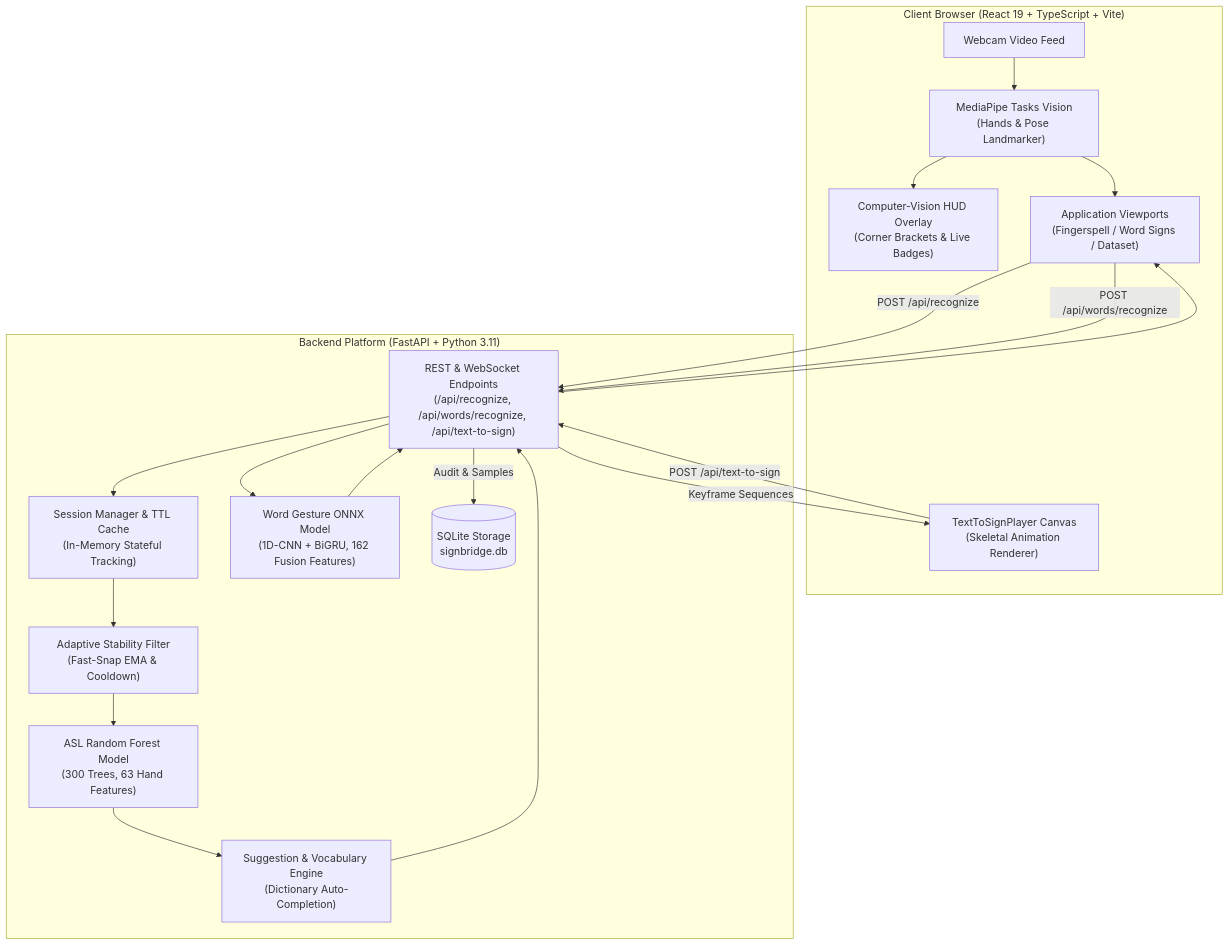
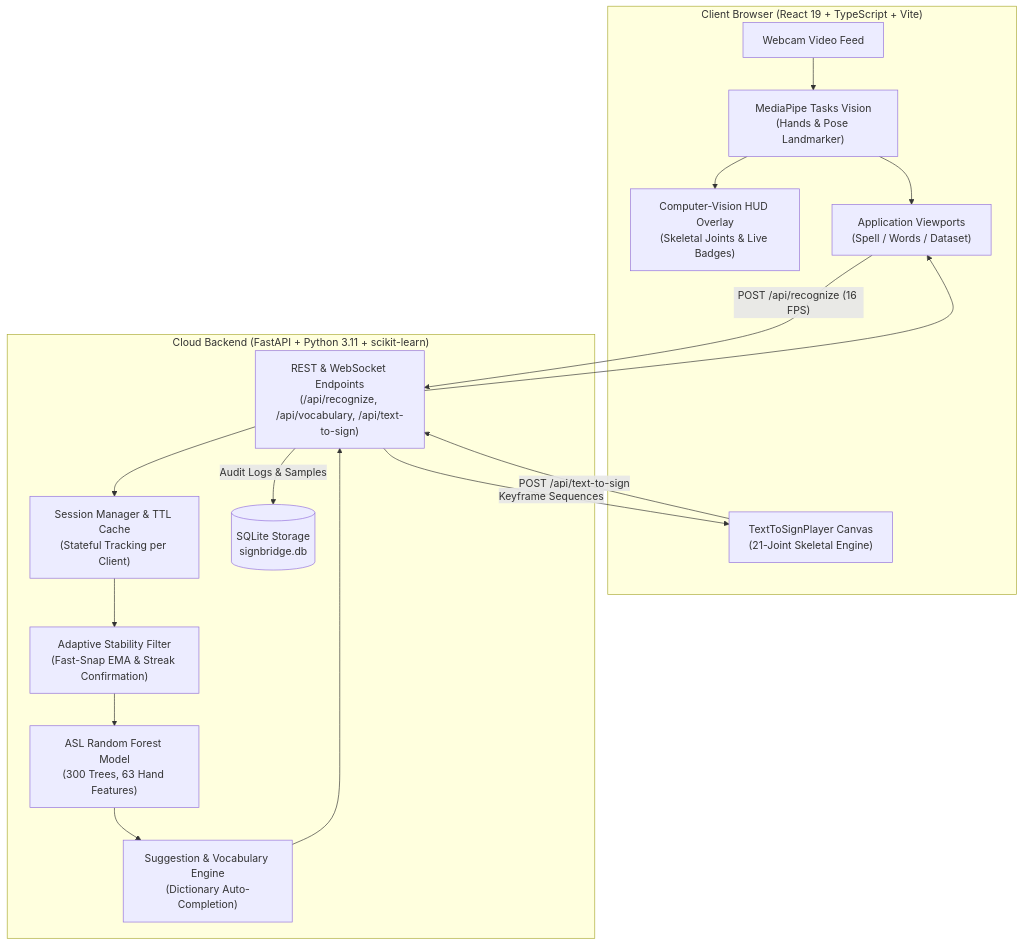
The diagram in README.md (thenix09/SIGN_BRIDGE), drawn with Mermaid before and after one commit. The commit also changed other lines of this file, not shown here.

Commit message:
docs: modernize and polish README with live links, metrics, and architecture

````diff
--- a/README.md
+++ b/README.md
@@ -47,32 +53,28 @@
 ```mermaid
 flowchart TD
     subgraph Client ["Client Browser (React 19 + TypeScript + Vite)"]
         Cam["Webcam Video Feed"] --> MP["MediaPipe Tasks Vision<br/>(Hands & Pose Landmarker)"]
-        MP --> HUD["Computer-Vision HUD Overlay<br/>(Corner Brackets & Live Badges)"]
-        MP --> UI["Application Viewports<br/>(Fingerspell / Word Signs / Dataset)"]
-        TTS_UI["TextToSignPlayer Canvas<br/>(Skeletal Animation Renderer)"]
+        MP --> HUD["Computer-Vision HUD Overlay<br/>(Skeletal Joints & Live Badges)"]
+        MP --> UI["Application Viewports<br/>(Spell / Words / Dataset)"]
+        TTS_UI["TextToSignPlayer Canvas<br/>(21-Joint Skeletal Engine)"]
     end
 
-    subgraph Backend ["Backend Platform (FastAPI + Python 3.11)"]
-        API["REST & WebSocket Endpoints<br/>(/api/recognize, /api/words/recognize, /api/text-to-sign)"]
-        SM["Session Manager & TTL Cache<br/>(In-Memory Stateful Tracking)"]
-        STAB["Adaptive Stability Filter<br/>(Fast-Snap EMA & Cooldown)"]
+    subgraph Backend ["Cloud Backend (FastAPI + Python 3.11 + scikit-learn)"]
+        API["REST & WebSocket Endpoints<br/>(/api/recognize, /api/vocabulary, /api/text-to-sign)"]
+        SM["Session Manager & TTL Cache<br/>(Stateful Tracking per Client)"]
+        STAB["Adaptive Stability Filter<br/>(Fast-Snap EMA & Streak Confirmation)"]
         RF["ASL Random Forest Model<br/>(300 Trees, 63 Hand Features)"]
-        ONNX["Word Gesture ONNX Model<br/>(1D-CNN + BiGRU, 162 Fusion Features)"]
         SE["Suggestion & Vocabulary Engine<br/>(Dictionary Auto-Completion)"]
         DB[(SQLite Storage<br/>signbridge.db)]
     end
 
-    UI -- "POST /api/recognize" --> API
+    UI -- "POST /api/recognize (16 FPS)" --> API
     API --> SM --> STAB --> RF
     RF --> SE --> API
     API --> UI
-    
-    UI -- "POST /api/words/recognize" --> API
-    API --> ONNX --> API
-
-    API -- "Audit & Samples" --> DB
 
     TTS_UI -- "POST /api/text-to-sign" --> API
     API -- "Keyframe Sequences" --> TTS_UI
+
+    API -- "Audit Logs & Samples" --> DB
 ```
````
